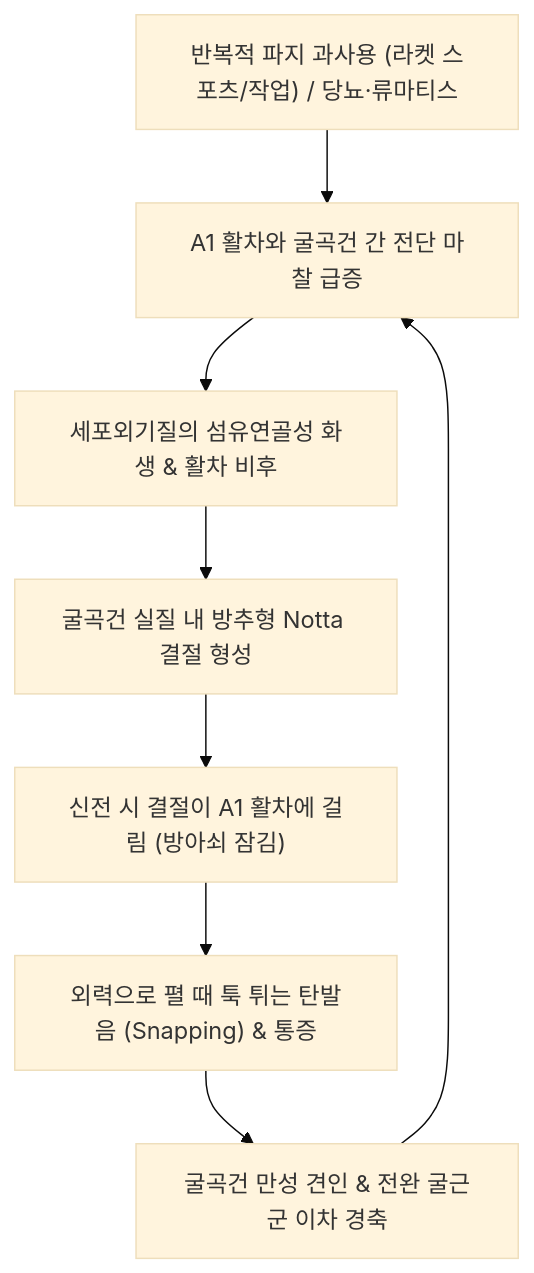
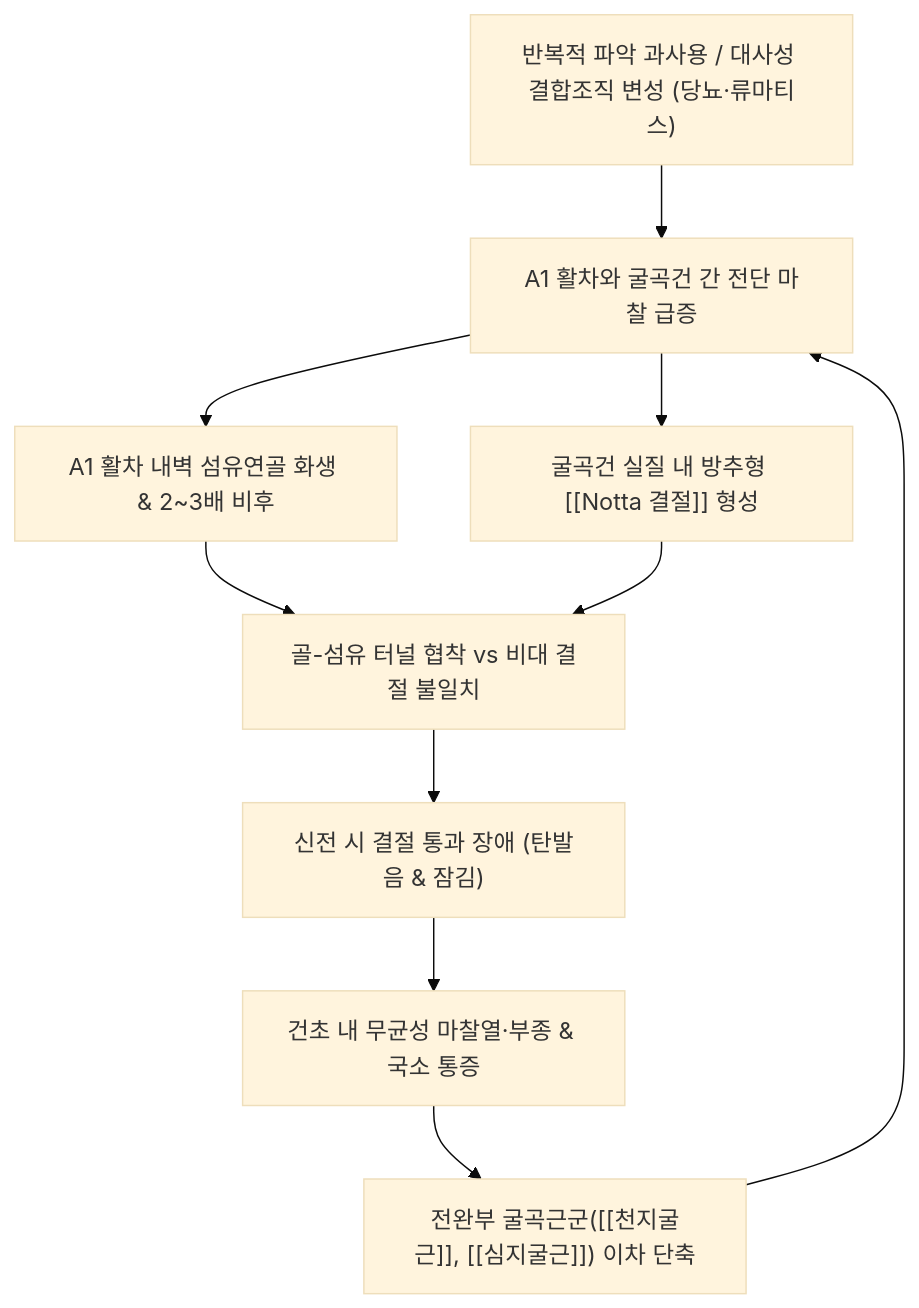
One commit to simbio11/simbio-digital-garden2 changed the diagram in content/3. 이론 공부/질환/근골격계 질환/상지/방아쇠 수지.md. Above: the diagram before and after it, drawn with Mermaid (base theme). The commit also changed other lines of this file and 44 other files, not shown here.

````diff
--- a/content/3. 이론 공부/질환/근골격계 질환/상지/방아쇠 수지.md
+++ b/content/3. 이론 공부/질환/근골격계 질환/상지/방아쇠 수지.md
@@ -69,10 +167,12 @@
 ```mermaid
 graph TD
-    Overuse["반복적 파지 과사용 (라켓 스포츠/작업) / 당뇨·류마티스"] --> Shear["A1 활차와 굴곡건 간 전단 마찰 급증"]
-    Shear --> Metaplasia["세포외기질의 섬유연골성 화생 & 활차 비후"]
-    Metaplasia --> Node["굴곡건 실질 내 방추형 Notta 결절 형성"]
-    Node --> Locking["신전 시 결절이 A1 활차에 걸림 (방아쇠 잠김)"]
-    Locking --> Snap["외력으로 펼 때 툭 튀는 탄발음 (Snapping) & 통증"]
-    Snap --> Comp["굴곡건 만성 견인 & 전완 굴근군 이차 경축"]
-    Comp --> Shear
+    TriggerFactor["반복적 파악 과사용 / 대사성 결합조직 변성 (당뇨·류마티스)"] --> ShearStress["A1 활차와 굴곡건 간 전단 마찰 급증"]
+    ShearStress --> Metaplasia["A1 활차 내벽 섬유연골 화생 & 2~3배 비후"]
+    ShearStress --> TendonNodule["굴곡건 실질 내 방추형 [[Notta 결절]] 형성"]
+    Metaplasia --> Mismatch["골-섬유 터널 협착 vs 비대 결절 불일치"]
+    TendonNodule --> Mismatch
+    Mismatch --> Snapping["신전 시 결절 통과 장애 (탄발음 & 잠김)"]
+    Snapping --> SheathInflammation["건초 내 무균성 마찰열·부종 & 국소 통증"]
+    SheathInflammation --> MuscleSpasm["전완부 굴곡근군([[천지굴근]], [[심지굴근]]) 이차 단축"]
+    MuscleSpasm --> ShearStress
 ```
````
